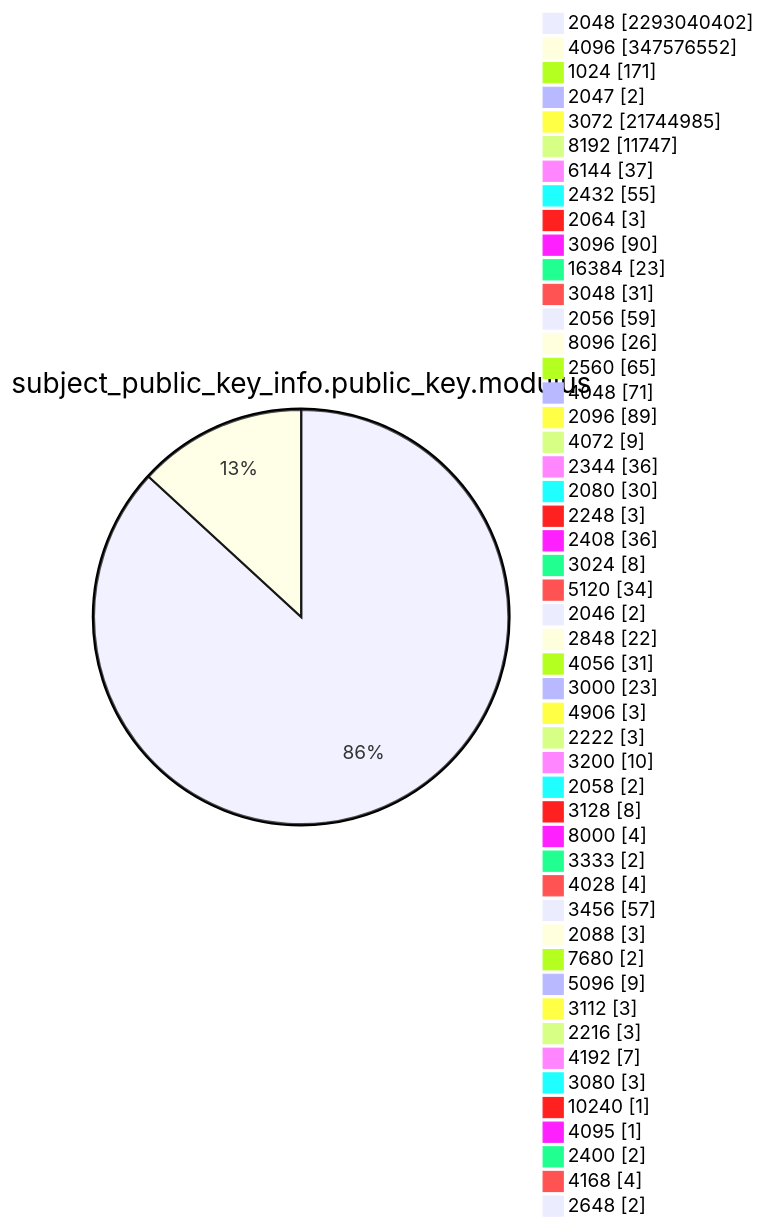
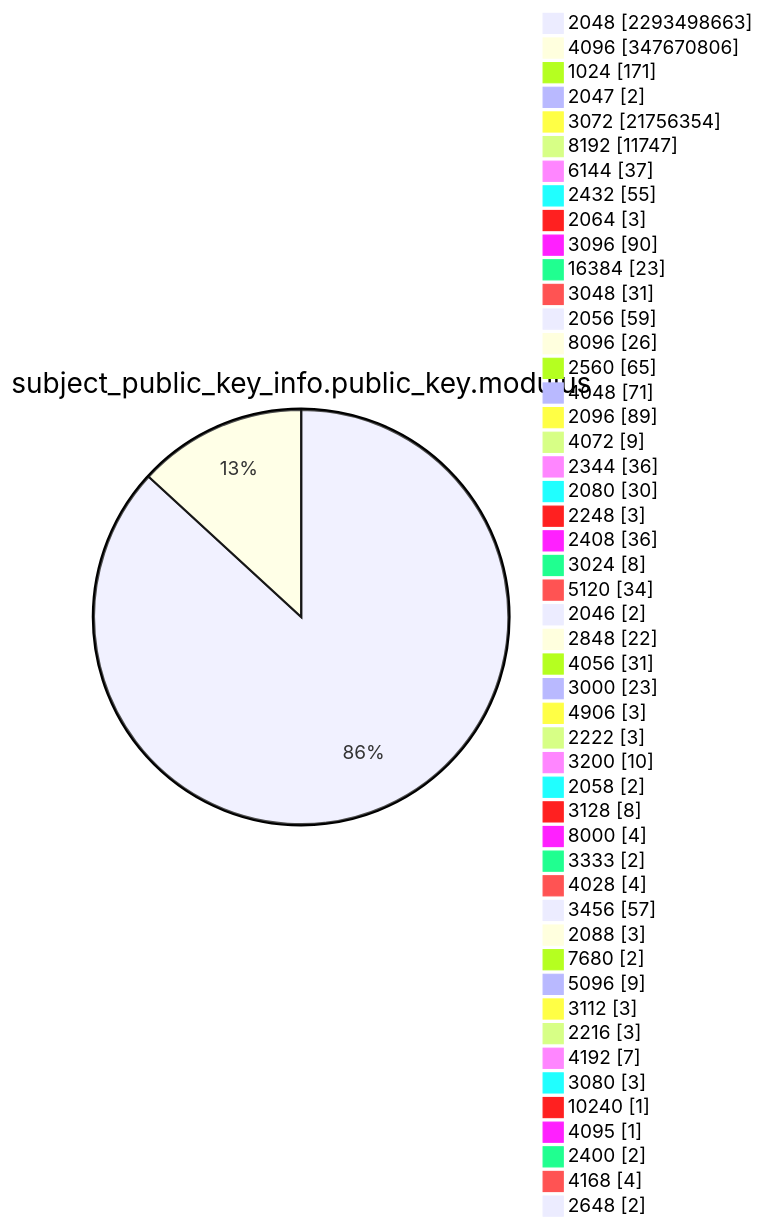
Diagram 13 of 15 in TOTAL/README.md (christiankrug/ctmonitor_visualization), drawn with Mermaid before and after one commit. The commit also changed other lines of this file, not shown here.

````diff
--- a/TOTAL/README.md
+++ b/TOTAL/README.md
@@ -4165,53 +4165,53 @@
 ```mermaid
 pie showData
 title subject_public_key_info.public_key.modulus
-"2048" :2293040402
-"4096" :347576552
+"2048" :2293498663
+"4096" :347670806
 "1024" :171
 "2047" :2
-"3072" :21744985
+"3072" :21756354
 "8192" :11747
 "6144" :37
 "2432" :55
 "2064" :3
 "3096" :90
 "16384" :23
 "3048" :31
 "2056" :59
 "8096" :26
 "2560" :65
 "4048" :71
 "2096" :89
 "4072" :9
 "2344" :36
 "2080" :30
 "2248" :3
 "2408" :36
 "3024" :8
 "5120" :34
 "2046" :2
 "2848" :22
 "4056" :31
 "3000" :23
 "4906" :3
 "2222" :3
 "3200" :10
 "2058" :2
 "3128" :8
 "8000" :4
 "3333" :2
 "4028" :4
 "3456" :57
 "2088" :3
 "7680" :2
 "5096" :9
 "3112" :3
 "2216" :3
 "4192" :7
 "3080" :3
 "10240" :1
 "4095" :1
 "2400" :2
 "4168" :4
 "2648" :2
 ```
````
